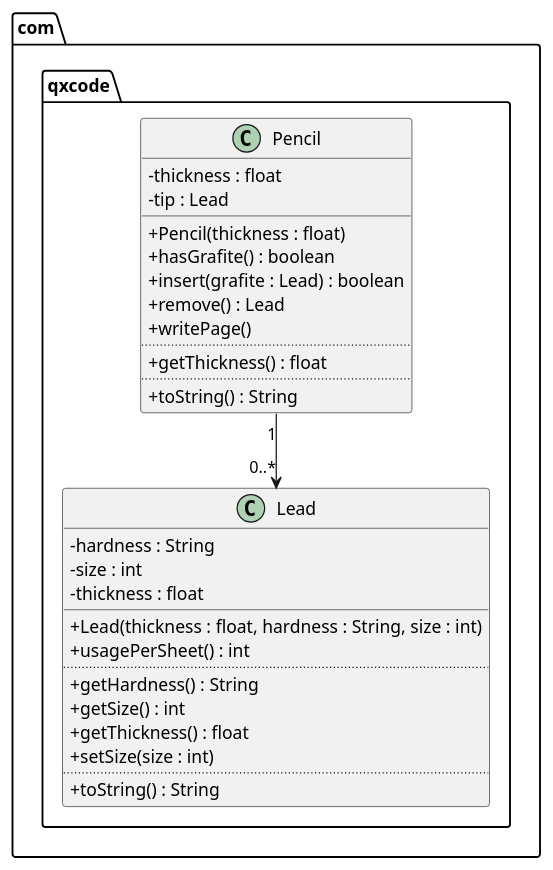
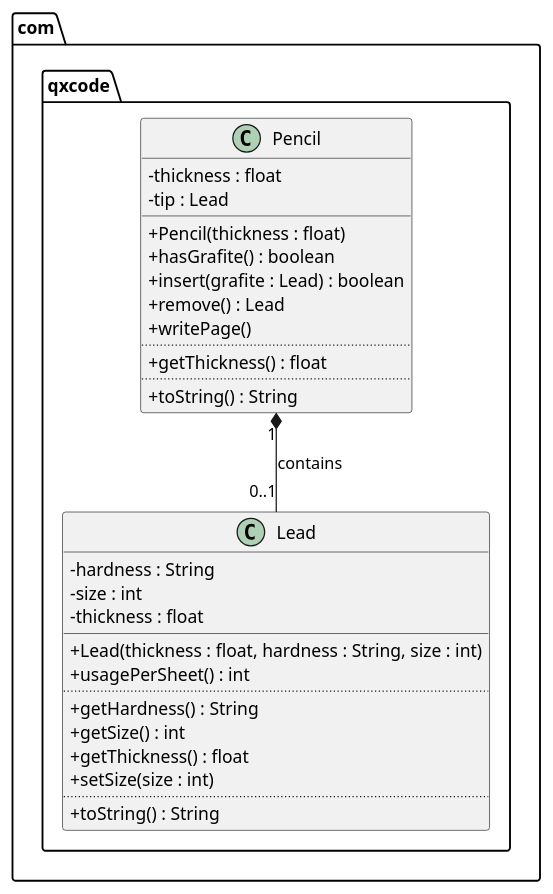
One commit to Atilio-Luiz/poo_2022_1 changed the diagram in Trabalhos/008/diagrama.puml. Above: the diagram before and after it, drawn with PlantUML. The commit also changed 3 other files, not shown here.

```diff
--- a/Trabalhos/008/diagrama.puml
+++ b/Trabalhos/008/diagrama.puml
@@ -1,35 +1,35 @@
 @startuml
 skinparam ClassAttributeIconSize 0
 package com.qxcode {
   class Lead {
     - hardness : String
     - size : int
     - thickness : float
     __
     + Lead(thickness : float, hardness : String, size : int)
     + usagePerSheet() : int
     ..
     + getHardness() : String
     + getSize() : int
     + getThickness() : float
     + setSize(size : int)
     ..
     + toString() : String
   }
   class Pencil {
     - thickness : float
     - tip : Lead
     __
     + Pencil(thickness : float)
     + hasGrafite() : boolean
     + insert(grafite : Lead) : boolean
     + remove() : Lead
     + writePage()
     ..
     + getThickness() : float
     ..
     + toString() : String
   }
 }
-Pencil "1" --> "0..*" Lead
+Pencil "1" *-- "0..1" Lead : contains
 @enduml
```
